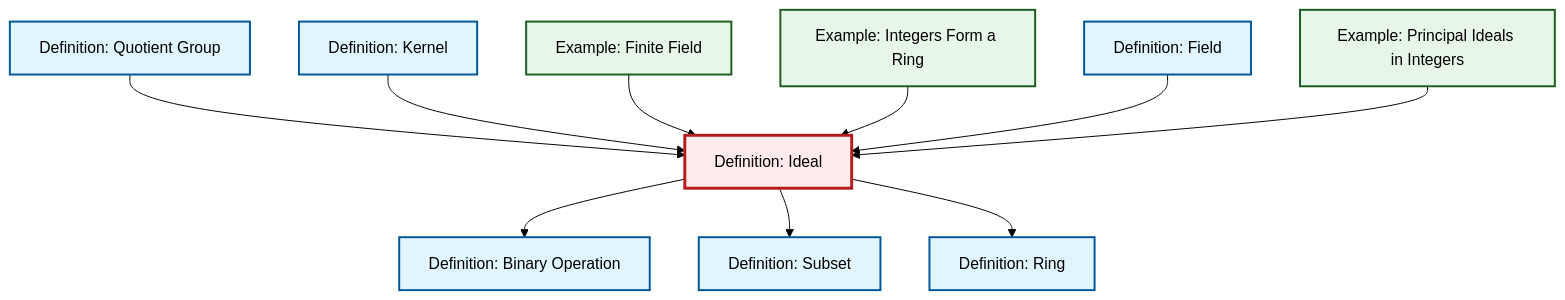
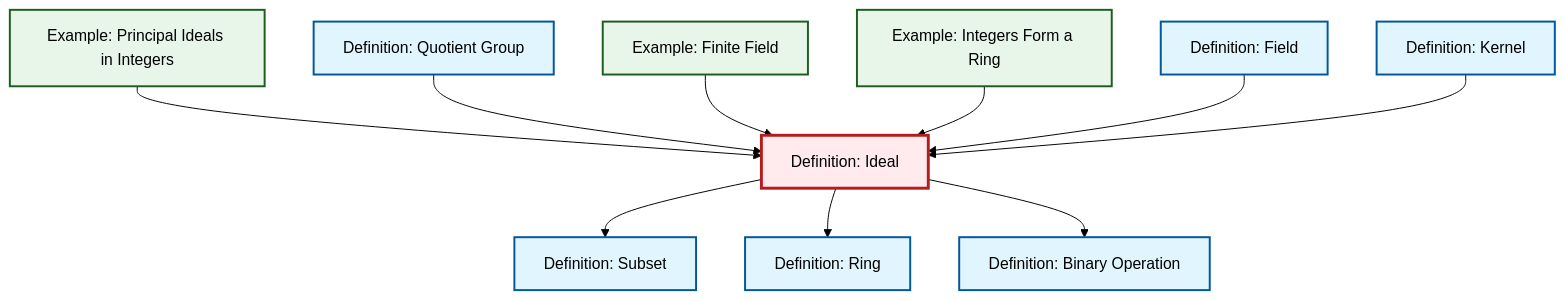
Before and after one commit to RK0429/ModernMath: the diagram in content/en/algebra/def-ideal.qmd, drawn with Mermaid (forest theme). The commit also changed other lines of this file and 417 other files, not shown here.

````diff
--- a/content/en/algebra/def-ideal.qmd
+++ b/content/en/algebra/def-ideal.qmd
@@ -63,38 +63,38 @@
 ```{mermaid}
 %%| fig-cap: "Local dependency graph"
 graph TD
     classDef definition fill:#e1f5fe,stroke:#01579b,stroke-width:2px
     classDef theorem fill:#f3e5f5,stroke:#4a148c,stroke-width:2px
     classDef axiom fill:#fff3e0,stroke:#e65100,stroke-width:2px
     classDef example fill:#e8f5e9,stroke:#1b5e20,stroke-width:2px
     classDef current fill:#ffebee,stroke:#b71c1c,stroke-width:3px
+    def-kernel["Definition: Kernel"]:::definition
+    ex-finite-field["Example: Finite Field"]:::example
+    def-field["Definition: Field"]:::definition
+    ex-integers-ring["Example: Integers Form a Ring"]:::example
+    def-ring["Definition: Ring"]:::definition
+    def-binary-operation["Definition: Binary Operation"]:::definition
+    def-quotient-group["Definition: Quotient Group"]:::definition
     def-ideal["Definition: Ideal"]:::definition
-    ex-finite-field["Example: Finite Field"]:::example
-    def-kernel["Definition: Kernel"]:::definition
-    def-field["Definition: Field"]:::definition
-    def-ring["Definition: Ring"]:::definition
-    def-quotient-group["Definition: Quotient Group"]:::definition
+    ex-principal-ideal["Example: Principal Ideals in Integers"]:::example
     def-subset["Definition: Subset"]:::definition
-    ex-principal-ideal["Example: Principal Ideals in Integers"]:::example
-    ex-integers-ring["Example: Integers Form a Ring"]:::example
-    def-binary-operation["Definition: Binary Operation"]:::definition
+    def-ideal --> def-subset
+    ex-principal-ideal --> def-ideal
+    def-ideal --> def-ring
     def-quotient-group --> def-ideal
+    ex-finite-field --> def-ideal
     def-ideal --> def-binary-operation
+    ex-integers-ring --> def-ideal
+    def-field --> def-ideal
     def-kernel --> def-ideal
-    ex-finite-field --> def-ideal
-    ex-integers-ring --> def-ideal
-    def-ideal --> def-subset
-    def-ideal --> def-ring
-    def-field --> def-ideal
-    ex-principal-ideal --> def-ideal
     class def-ideal current
+    click def-kernel "def-kernel.html" "Go to Kernel definition"
     click ex-finite-field "ex-finite-field.html" "Go to Finite Field example"
-    click def-kernel "def-kernel.html" "Go to Kernel definition"
     click def-field "def-field.html" "Go to Field definition"
+    click ex-integers-ring "ex-integers-ring.html" "Go to Integers Form a Ring example"
     click def-ring "def-ring.html" "Go to Ring definition"
+    click def-binary-operation "def-binary-operation.html" "Go to Binary Operation definition"
     click def-quotient-group "def-quotient-group.html" "Go to Quotient Group definition"
+    click ex-principal-ideal "ex-principal-ideal.html" "Go to Principal Ideals in Integers example"
     click def-subset "def-subset.html" "Go to Subset definition"
-    click ex-principal-ideal "ex-principal-ideal.html" "Go to Principal Ideals in Integers example"
-    click ex-integers-ring "ex-integers-ring.html" "Go to Integers Form a Ring example"
-    click def-binary-operation "def-binary-operation.html" "Go to Binary Operation definition"
 ```
````
